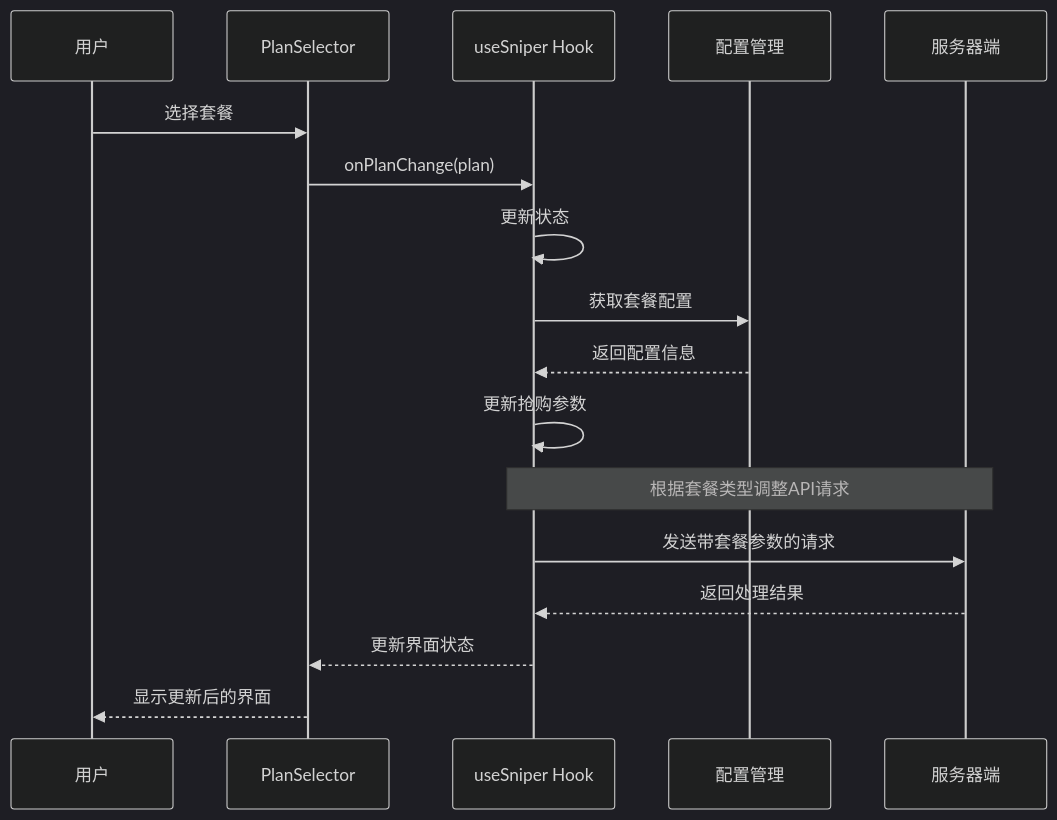
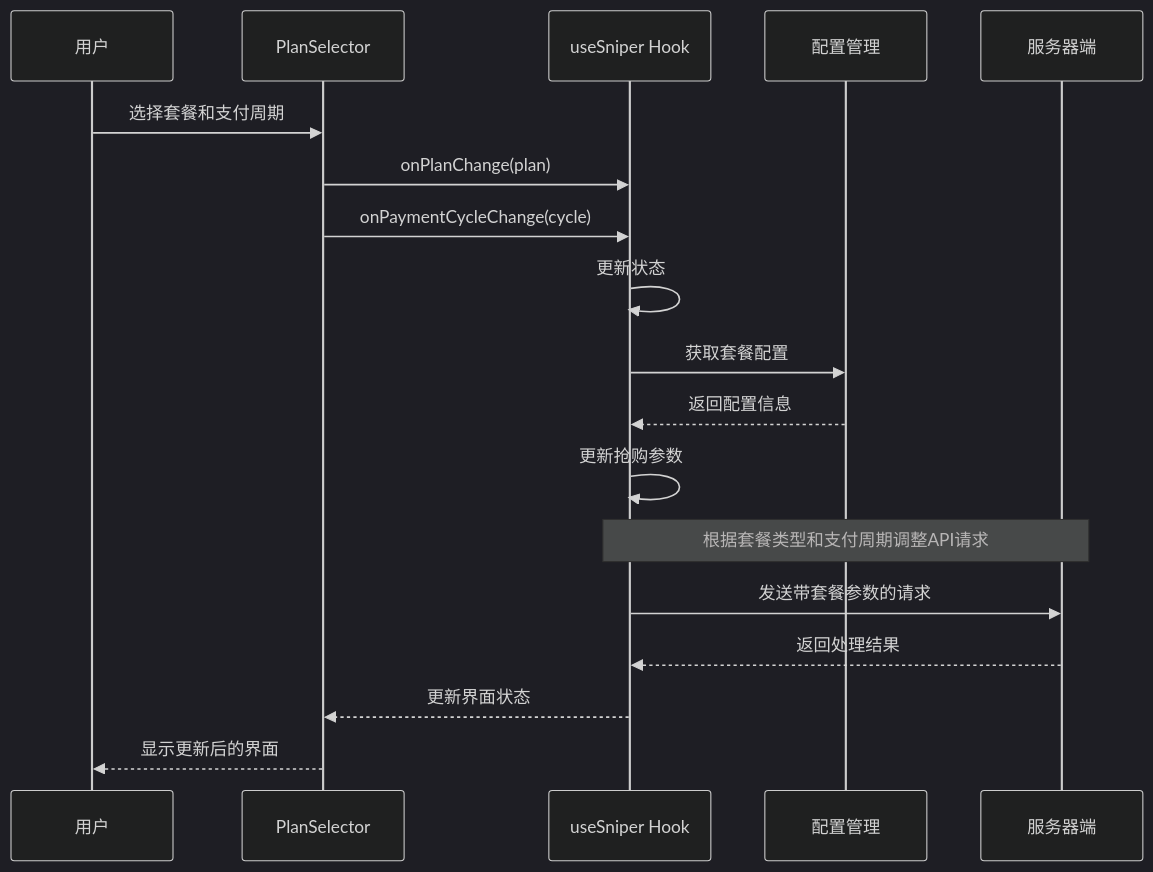
One commit to 16499259-oss/GLM-sniper changed the third of 13 diagrams in .qoder/repowiki/zh/content/项目概述/核心功能特性/套餐选择系统.md. Above: the diagram before and after it, drawn with Mermaid (dark theme). The commit also changed other lines of this file and 9 other files, not shown here.

````diff
--- a/.qoder/repowiki/zh/content/项目概述/核心功能特性/套餐选择系统.md
+++ b/.qoder/repowiki/zh/content/项目概述/核心功能特性/套餐选择系统.md
@@ -118,19 +140,20 @@
 ```mermaid
 sequenceDiagram
 participant User as 用户
 participant UI as PlanSelector
 participant Hook as useSniper Hook
 participant Config as 配置管理
 participant Server as 服务器端
-User->>UI : 选择套餐
+User->>UI : 选择套餐和支付周期
 UI->>Hook : onPlanChange(plan)
+UI->>Hook : onPaymentCycleChange(cycle)
 Hook->>Hook : 更新状态
 Hook->>Config : 获取套餐配置
 Config-->>Hook : 返回配置信息
 Hook->>Hook : 更新抢购参数
-Note over Hook,Server : 根据套餐类型调整API请求
+Note over Hook,Server : 根据套餐类型和支付周期调整API请求
 Hook->>Server : 发送带套餐参数的请求
 Server-->>Hook : 返回处理结果
 Hook-->>UI : 更新界面状态
 UI-->>User : 显示更新后的界面
 ```
````
